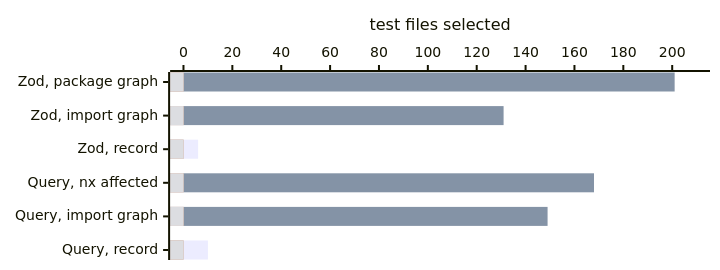
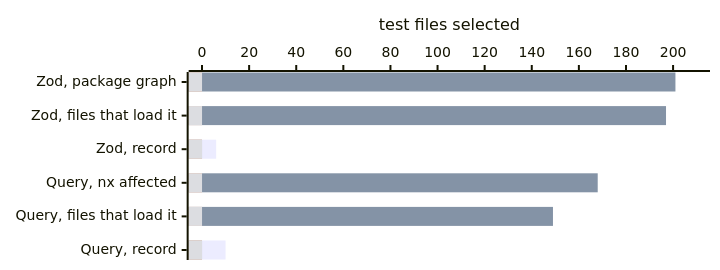
Before and after one commit to Variance-Authority/variance-authority: the diagram in docs/coverage-test-selection.md, drawn with Mermaid. The commit also changed other lines of this file and 6 other files, not shown here.

````diff
--- a/docs/coverage-test-selection.md
+++ b/docs/coverage-test-selection.md
@@ -462,15 +462,15 @@
 ```mermaid
 ---
 config:
   xyChart:
     height: 250
 ---
 xychart-beta horizontal
   accTitle: Test files one one-line edit selects, by what reads the change
-  x-axis ["Zod, package graph", "Zod, import graph", "Zod, record", "Query, nx affected", "Query, import graph", "Query, record"]
+  x-axis ["Zod, package graph", "Zod, files that load it", "Zod, record", "Query, nx affected", "Query, files that load it", "Query, record"]
   y-axis "test files selected" 0 --> 210
   bar [0, 0, 6, 0, 0, 10]
-  bar [201, 131, 0, 168, 149, 0]
+  bar [201, 197, 0, 168, 149, 0]
   bar [0, 0, 0, 0, 0, 0]
   bar [0, 0, 0, 0, 0, 0]
 ```
````
